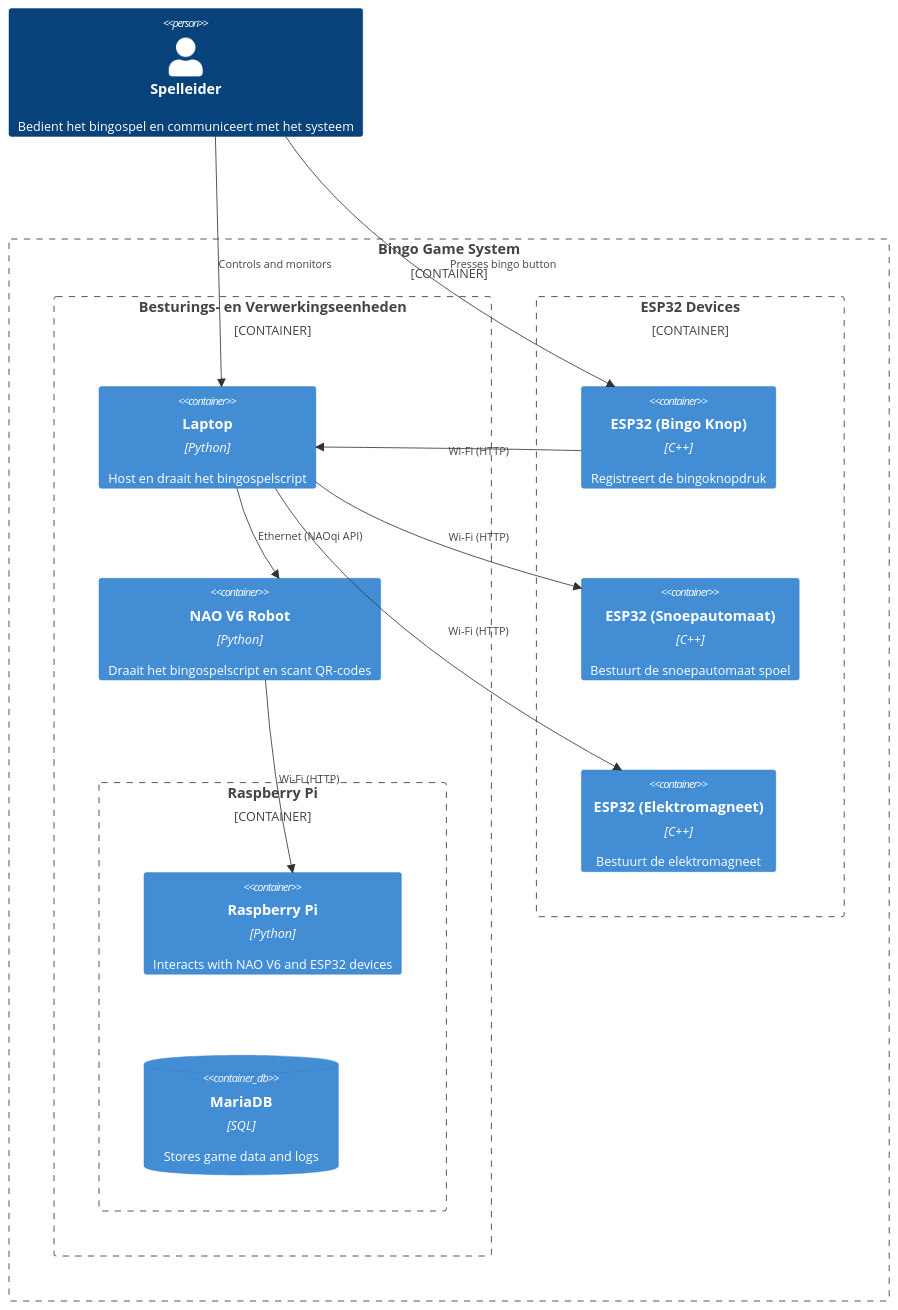
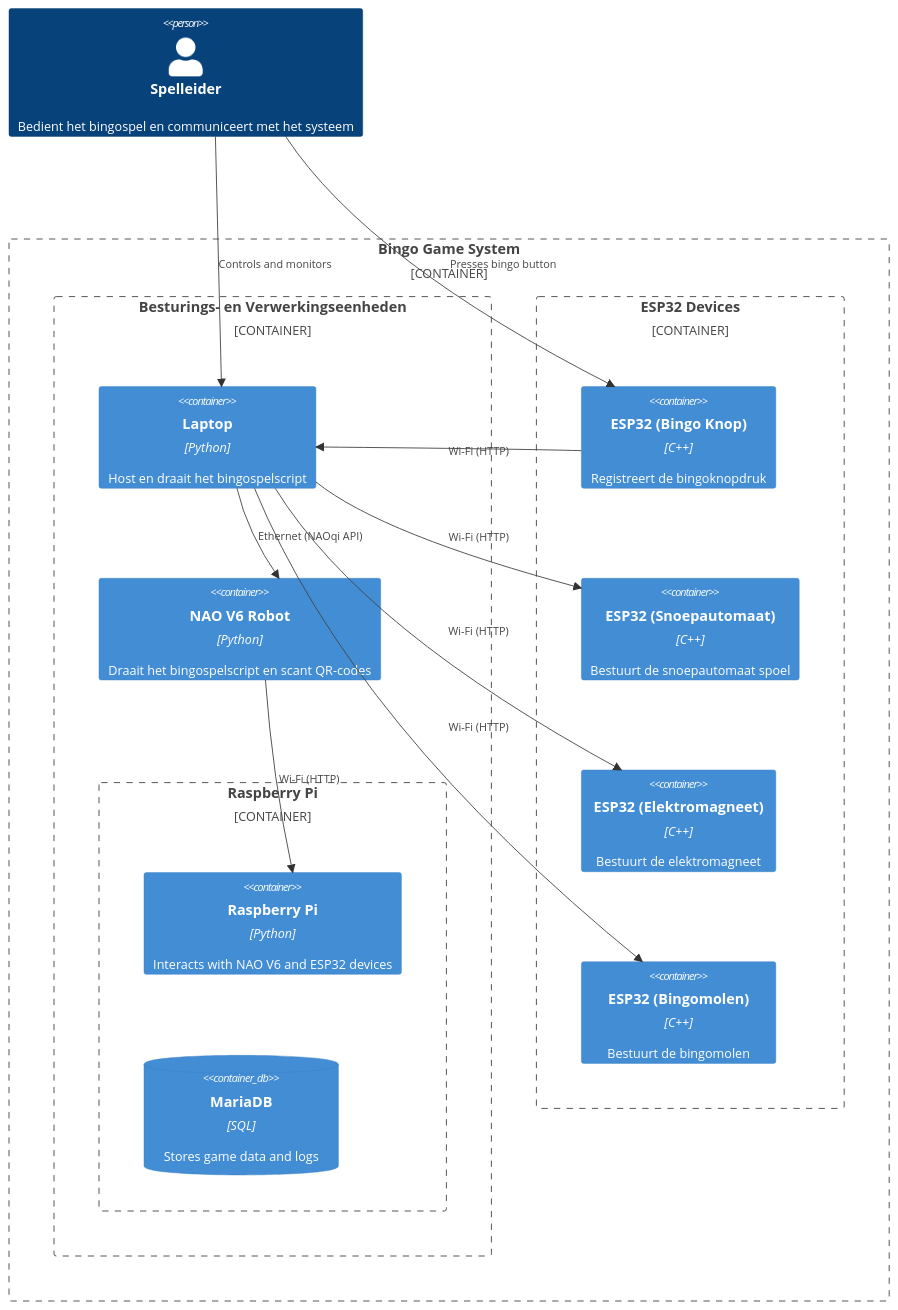
One commit to almukhabarat/bingo_game_elderly changed the first of 2 diagrams in docs/architecture/architecture_diagram.md. Above: the diagram before and after it, drawn with Mermaid. The commit also changed 2 other files, not shown here.

Commit message:
documentatie

````diff
--- a/docs/architecture/architecture_diagram.md
+++ b/docs/architecture/architecture_diagram.md
@@ -5,28 +5,30 @@
 ```mermaid
 C4Container
 Person(host, "Spelleider", "Bedient het bingospel en communiceert met het systeem")
 
 Container_Boundary(c1, "Bingo Game System") {
     Container_Boundary(c2, "Besturings- en Verwerkingseenheden") {
         Container(laptop, "Laptop", "Python", "Host en draait het bingospelscript")
         Container(nao_v6, "NAO V6 Robot", "Python", "Draait het bingospelscript en scant QR-codes")
         Container_Boundary(rpi_boundary, "Raspberry Pi") {
             Container(rpi, "Raspberry Pi", "Python", "Interacts with NAO V6 and ESP32 devices") 
             ContainerDb(mariadb, "MariaDB", "SQL", "Stores game data and logs")
         }
     }
     Container_Boundary(c3, "ESP32 Devices") {
         Container(esp32_bingo, "ESP32 (Bingo Knop)", "C++", "Registreert de bingoknopdruk")
         Container(esp32_vending, "ESP32 (Snoepautomaat)", "C++", "Bestuurt de snoepautomaat spoel")
         Container(esp32_electromagnet, "ESP32 (Elektromagneet)", "C++", "Bestuurt de elektromagneet")
+        Container(esp32_molen, "ESP32 (Bingomolen)", "C++", "Bestuurt de bingomolen")
     }
 }
 
 Rel(host, laptop, "Controls and monitors")
 Rel(laptop, nao_v6, "Ethernet (NAOqi API)")
 Rel(esp32_bingo, laptop, "Wi-Fi (HTTP)")
 Rel(host, esp32_bingo, "Presses bingo button")
 Rel(laptop, esp32_vending, "Wi-Fi (HTTP)")
 Rel(laptop, esp32_electromagnet, "Wi-Fi (HTTP)")
 Rel(nao_v6, rpi, "Wi-Fi (HTTP)")
+Rel(laptop, esp32_molen, "Wi-Fi (HTTP)")
 ```
````
